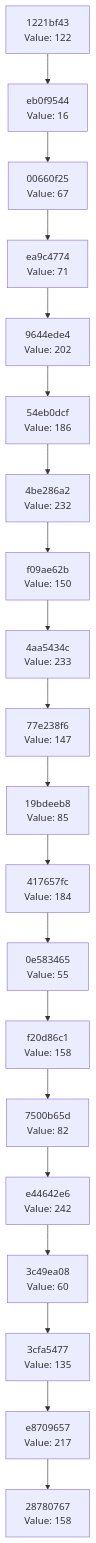
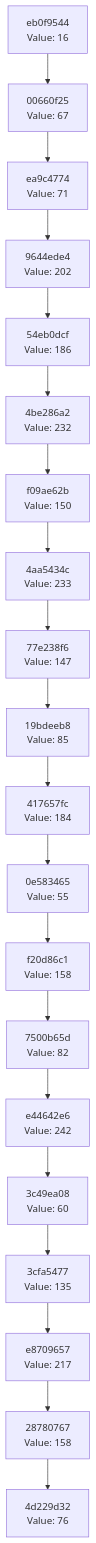
Before and after one commit to Abhisheksinha1506/hash-chain-evolver: the diagram in docs/CHAIN_VISUALIZATION.md, drawn with Mermaid. The commit also changed 2 other files, not shown here.

Commit message:
Evolution step: hash 0x4C → action executed

````diff
--- a/docs/CHAIN_VISUALIZATION.md
+++ b/docs/CHAIN_VISUALIZATION.md
@@ -3,42 +3,42 @@
 ```mermaid
 graph TD
-    C0["28780767<br/>Value: 158"]
-    C1["e8709657<br/>Value: 217"]
+    C0["4d229d32<br/>Value: 76"]
+    C1["28780767<br/>Value: 158"]
     C1 --> C0
-    C2["3cfa5477<br/>Value: 135"]
+    C2["e8709657<br/>Value: 217"]
     C2 --> C1
-    C3["3c49ea08<br/>Value: 60"]
+    C3["3cfa5477<br/>Value: 135"]
     C3 --> C2
-    C4["e44642e6<br/>Value: 242"]
+    C4["3c49ea08<br/>Value: 60"]
     C4 --> C3
-    C5["7500b65d<br/>Value: 82"]
+    C5["e44642e6<br/>Value: 242"]
     C5 --> C4
-    C6["f20d86c1<br/>Value: 158"]
+    C6["7500b65d<br/>Value: 82"]
     C6 --> C5
-    C7["0e583465<br/>Value: 55"]
+    C7["f20d86c1<br/>Value: 158"]
     C7 --> C6
-    C8["417657fc<br/>Value: 184"]
+    C8["0e583465<br/>Value: 55"]
     C8 --> C7
-    C9["19bdeeb8<br/>Value: 85"]
+    C9["417657fc<br/>Value: 184"]
     C9 --> C8
-    C10["77e238f6<br/>Value: 147"]
+    C10["19bdeeb8<br/>Value: 85"]
     C10 --> C9
-    C11["4aa5434c<br/>Value: 233"]
+    C11["77e238f6<br/>Value: 147"]
     C11 --> C10
-    C12["f09ae62b<br/>Value: 150"]
+    C12["4aa5434c<br/>Value: 233"]
     C12 --> C11
-    C13["4be286a2<br/>Value: 232"]
+    C13["f09ae62b<br/>Value: 150"]
     C13 --> C12
-    C14["54eb0dcf<br/>Value: 186"]
+    C14["4be286a2<br/>Value: 232"]
     C14 --> C13
-    C15["9644ede4<br/>Value: 202"]
+    C15["54eb0dcf<br/>Value: 186"]
     C15 --> C14
-    C16["ea9c4774<br/>Value: 71"]
+    C16["9644ede4<br/>Value: 202"]
     C16 --> C15
-    C17["00660f25<br/>Value: 67"]
+    C17["ea9c4774<br/>Value: 71"]
     C17 --> C16
-    C18["eb0f9544<br/>Value: 16"]
+    C18["00660f25<br/>Value: 67"]
     C18 --> C17
-    C19["1221bf43<br/>Value: 122"]
+    C19["eb0f9544<br/>Value: 16"]
     C19 --> C18
 ```
````
